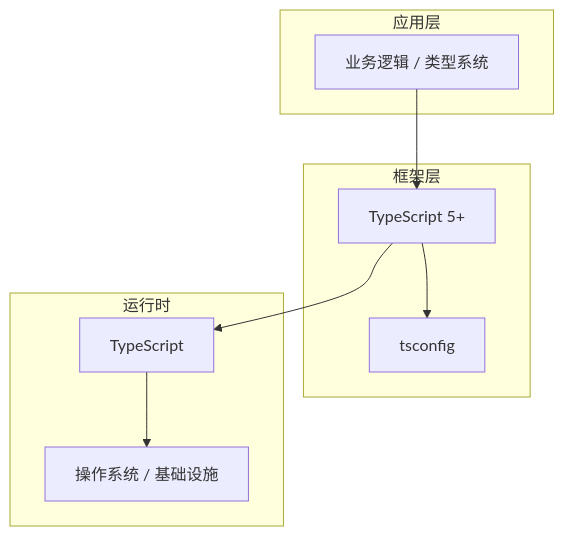
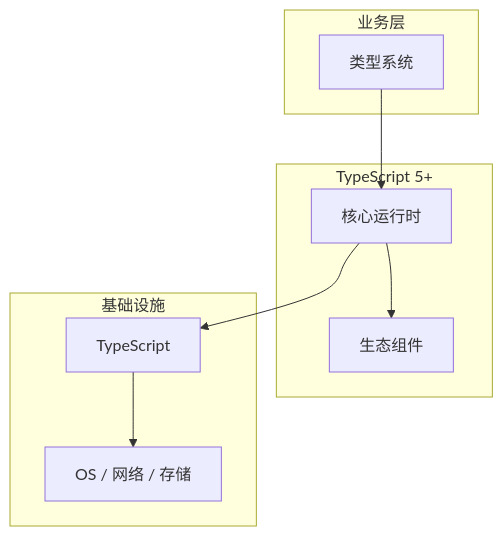
One commit to yanggan2015/knowledge-json-v2 changed the diagram in articles/TypeScript/chapters/008-类型系统核心概念与原理.md. Above: the diagram before and after it, drawn with Mermaid. The commit also changed other lines of this file and 10127 other files, not shown here.

````diff
--- a/articles/TypeScript/chapters/008-类型系统核心概念与原理.md
+++ b/articles/TypeScript/chapters/008-类型系统核心概念与原理.md
@@ -45,18 +34,18 @@
 ```mermaid
 graph TB
-    subgraph 应用层
-        A[业务逻辑 / 类型系统]
+    subgraph 业务层
+        A[类型系统]
     end
-    subgraph 框架层
-        B[TypeScript 5+]
-        C[tsconfig]
+    subgraph TypeScript 5+
+        B[核心运行时]
+        C[生态组件]
     end
-    subgraph 运行时
+    subgraph 基础设施
         D[TypeScript]
-        E[操作系统 / 基础设施]
+        E[OS / 网络 / 存储]
     end
     A --> B
     B --> C
     B --> D
     D --> E
 ```
````
